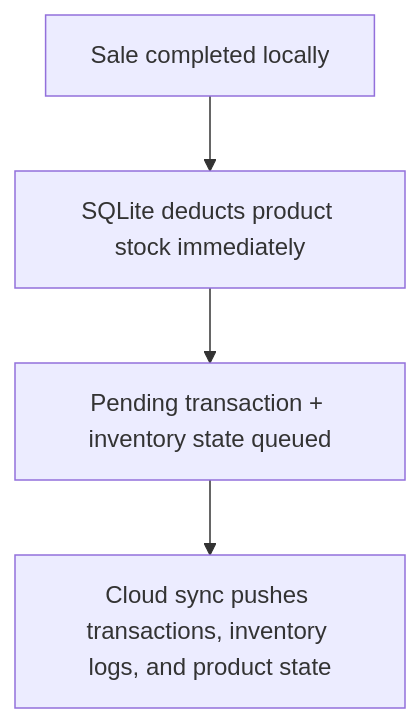
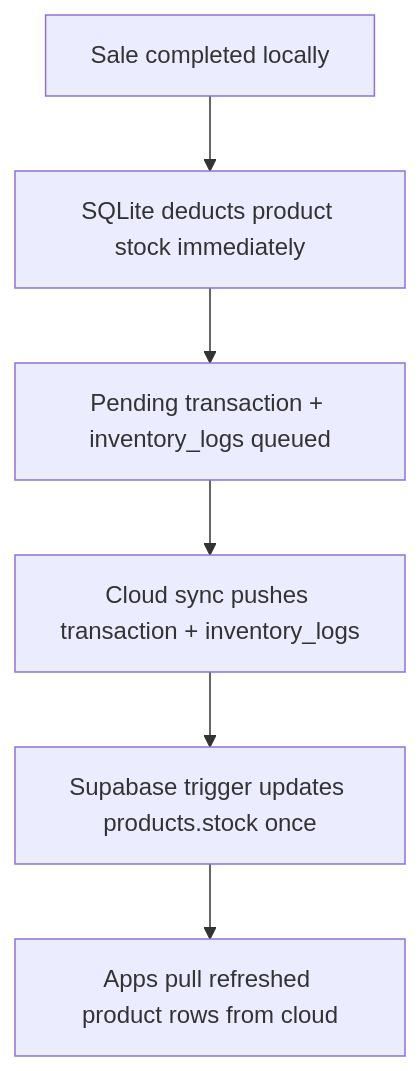
Before and after one commit to BootlegYouki/at-iba-pa-pos: the fourth of 5 diagrams in docs/05-cloud-sync.md, drawn with Mermaid. The commit also changed other lines of this file and 4 other files, not shown here.

Commit message:
chore: Update changelog and documentation for inventory logs, LAN/cloud sync behavior, and stock synchronization improvements

````diff
--- a/docs/05-cloud-sync.md
+++ b/docs/05-cloud-sync.md
@@ -179,7 +186,9 @@
 ```mermaid
 flowchart TD
     Sale["Sale completed locally"]
     Sale --> LocalStock["SQLite deducts product stock immediately"]
-    LocalStock --> Pending["Pending transaction + inventory state queued"]
-    Pending --> Push["Cloud sync pushes transactions, inventory logs, and product state"]
+    LocalStock --> Pending["Pending transaction + inventory_logs queued"]
+    Pending --> Push["Cloud sync pushes transaction + inventory_logs"]
+    Push --> Trigger["Supabase trigger updates products.stock once"]
+    Trigger --> Pull["Apps pull refreshed product rows from cloud"]
 ```
````
